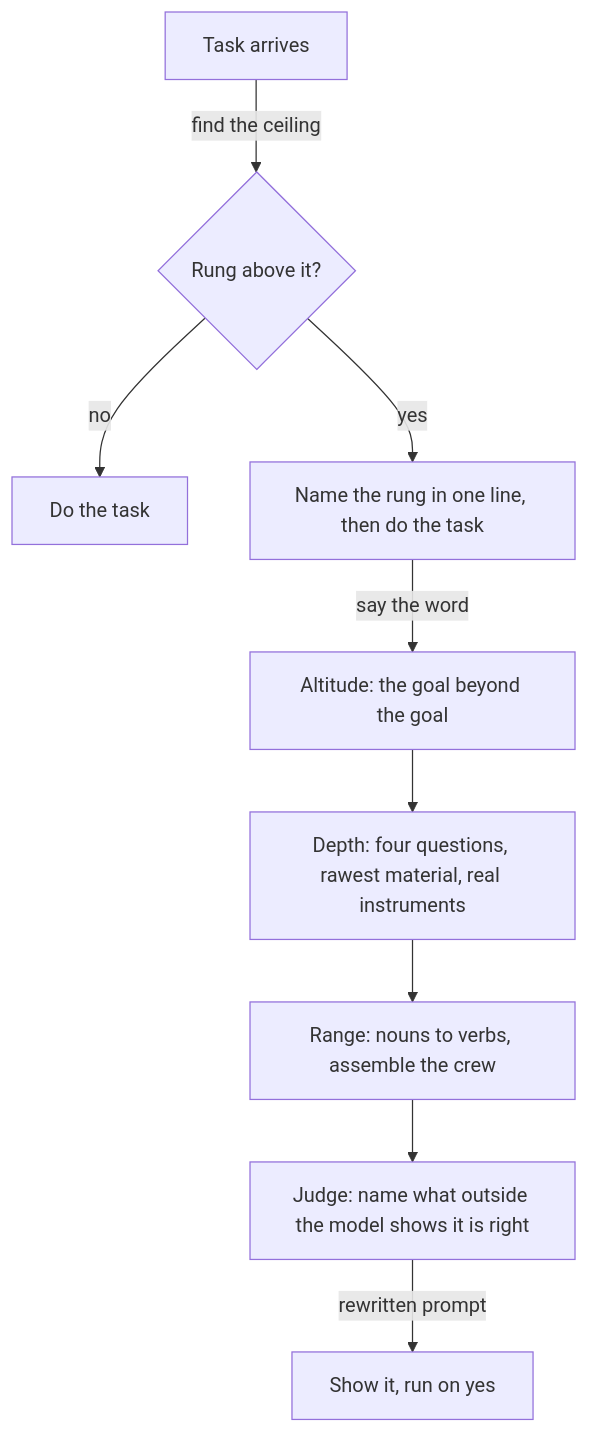
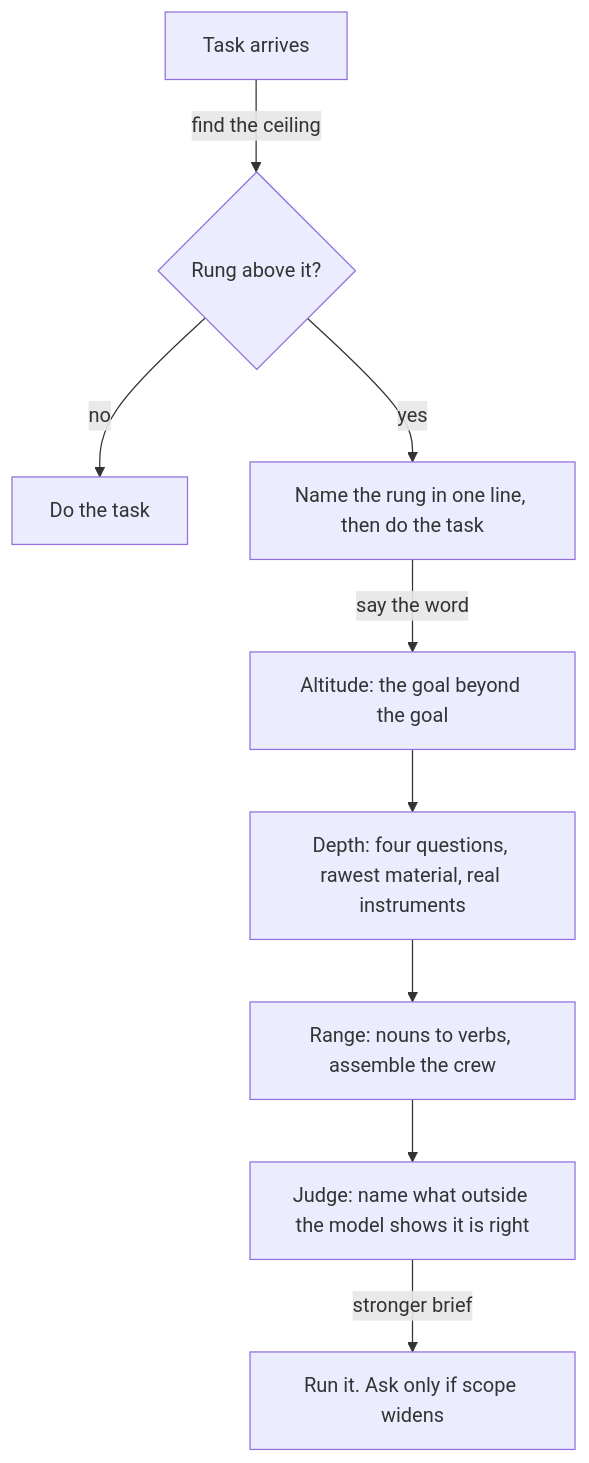
One commit to b1rdmania/higher-power changed the diagram in README.md. Above: the diagram before and after it, drawn with Mermaid. The commit also changed other lines of this file and 1 other file, not shown here.

First line of the commit message:
Add the missing SKILL.md; rung can be method or objective; run the brief on invocation

````diff
--- a/README.md
+++ b/README.md
@@ -33,11 +33,11 @@
 ```mermaid
 flowchart TD
     A[Task arrives] -- find the ceiling --> B{Rung above it?}
     B -- no --> C[Do the task]
     B -- yes --> D[Name the rung in one line, then do the task]
     D -- "say the word" --> E[Altitude: the goal beyond the goal]
     E --> F[Depth: four questions, rawest material, real instruments]
     F --> G[Range: nouns to verbs, assemble the crew]
     G --> H[Judge: name what outside the model shows it is right]
-    H -- rewritten prompt --> I[Show it, run on yes]
+    H -- stronger brief --> I[Run it. Ask only if scope widens]
 ```
````
